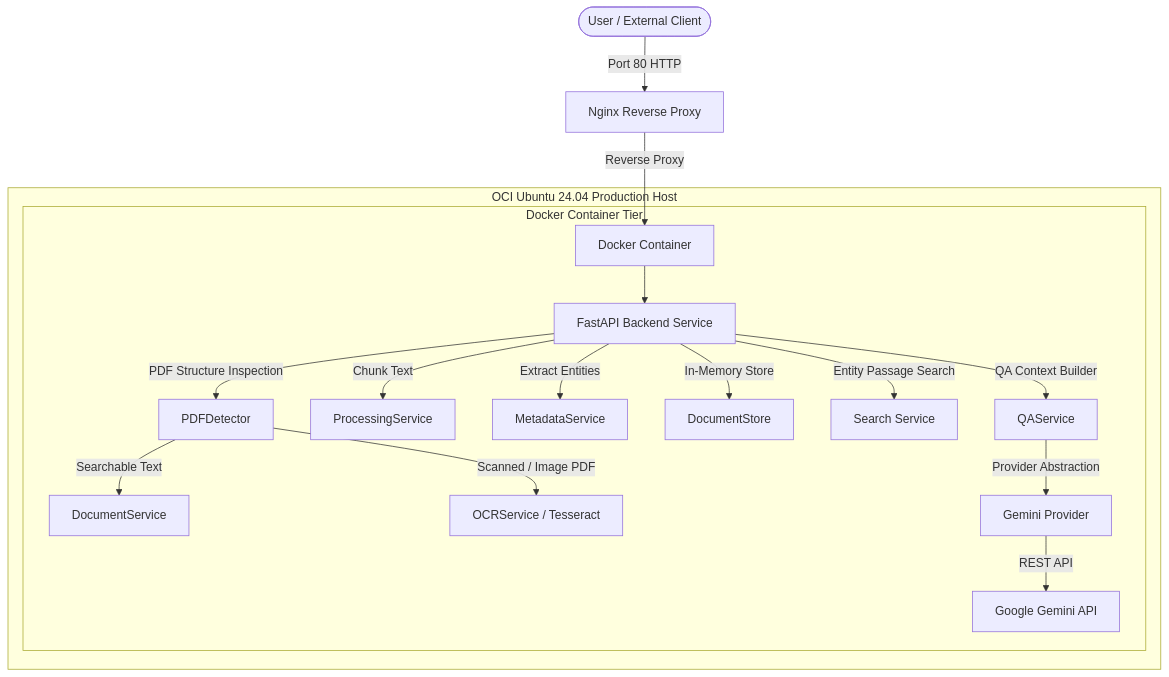
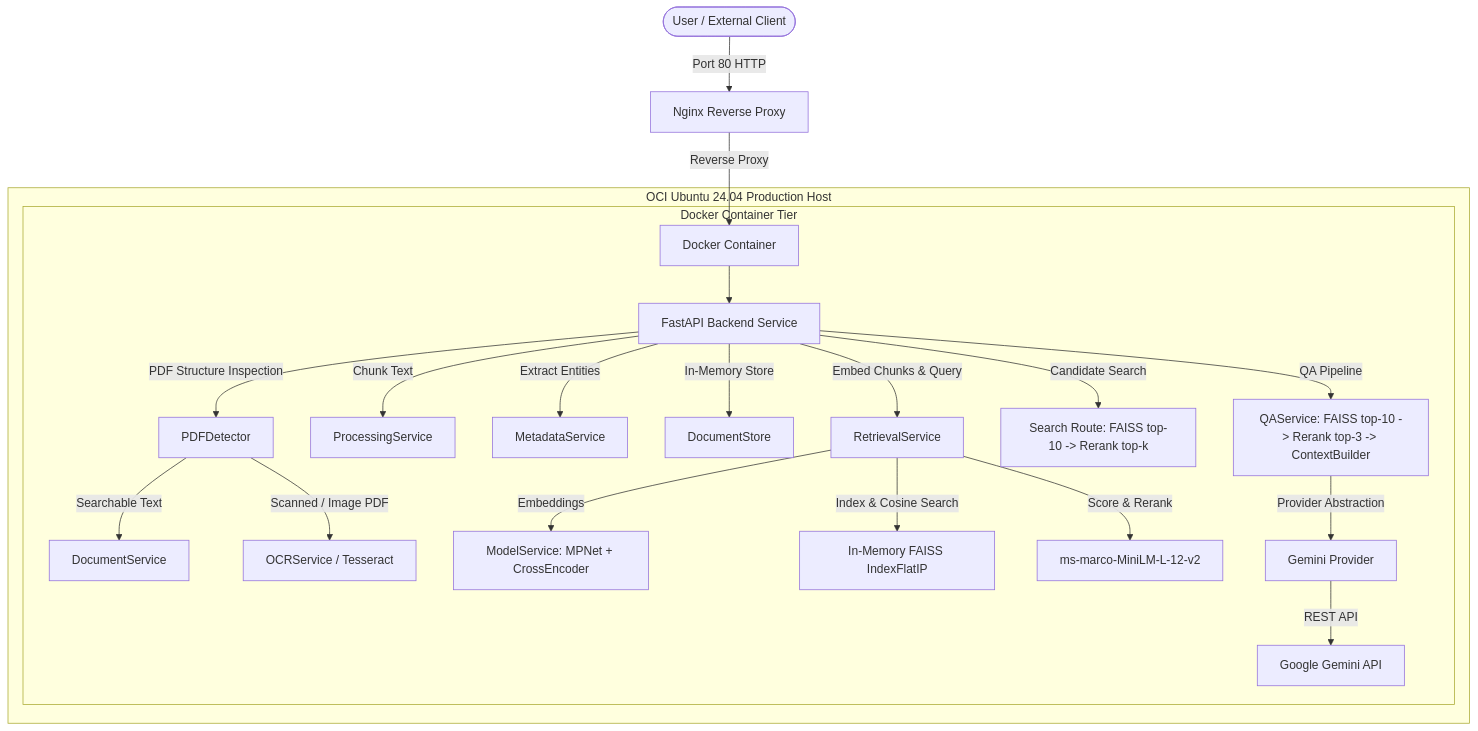
Before and after one commit to ParminderSinghGithub/SpectralReader: the diagram in README.md, drawn with Mermaid. The commit also changed other lines of this file and 3 other files, not shown here.

Commit message:
docs(rag): update UI search presentation and sync architecture documentation with RAG evaluation metrics

````diff
--- a/README.md
+++ b/README.md
@@ -63,22 +76,29 @@
 ```mermaid
 graph TD
     Client([User / External Client]) -->|Port 80 HTTP| Nginx[Nginx Reverse Proxy]
     Nginx -->|Reverse Proxy| Docker[Docker Container]
 
     subgraph OCI Ubuntu 24.04 Production Host
         subgraph Docker Container Tier
             Docker --> API[FastAPI Backend Service]
             API -->|PDF Structure Inspection| Detector[PDFDetector]
             Detector -->|Searchable Text| DocService[DocumentService]
             Detector -->|Scanned / Image PDF| OCRService[OCRService / Tesseract]
             API -->|Chunk Text| ProcService[ProcessingService]
             API -->|Extract Entities| MetaService[MetadataService]
             API -->|In-Memory Store| Storage[DocumentStore]
-            API -->|Entity Passage Search| SearchService[Search Service]
-            API -->|QA Context Builder| QAService[QAService]
+            
+            %% Production RAG Subsystem
+            API -->|Embed Chunks & Query| Retrieval[RetrievalService]
+            Retrieval -->|Embeddings| ModelContainer[ModelService: MPNet + CrossEncoder]
+            Retrieval -->|Index & Cosine Search| FAISS[In-Memory FAISS IndexFlatIP]
+            Retrieval -->|Score & Rerank| CrossEncoder[ms-marco-MiniLM-L-12-v2]
+            
+            API -->|Candidate Search| SearchAPI[Search Route: FAISS top-10 -> Rerank top-k]
+            API -->|QA Pipeline| QAService[QAService: FAISS top-10 -> Rerank top-3 -> ContextBuilder]
             
             QAService -->|Provider Abstraction| GeminiProvider[Gemini Provider]
             GeminiProvider -->|REST API| GeminiAPI[Google Gemini API]
         end
     end
 ```
````
